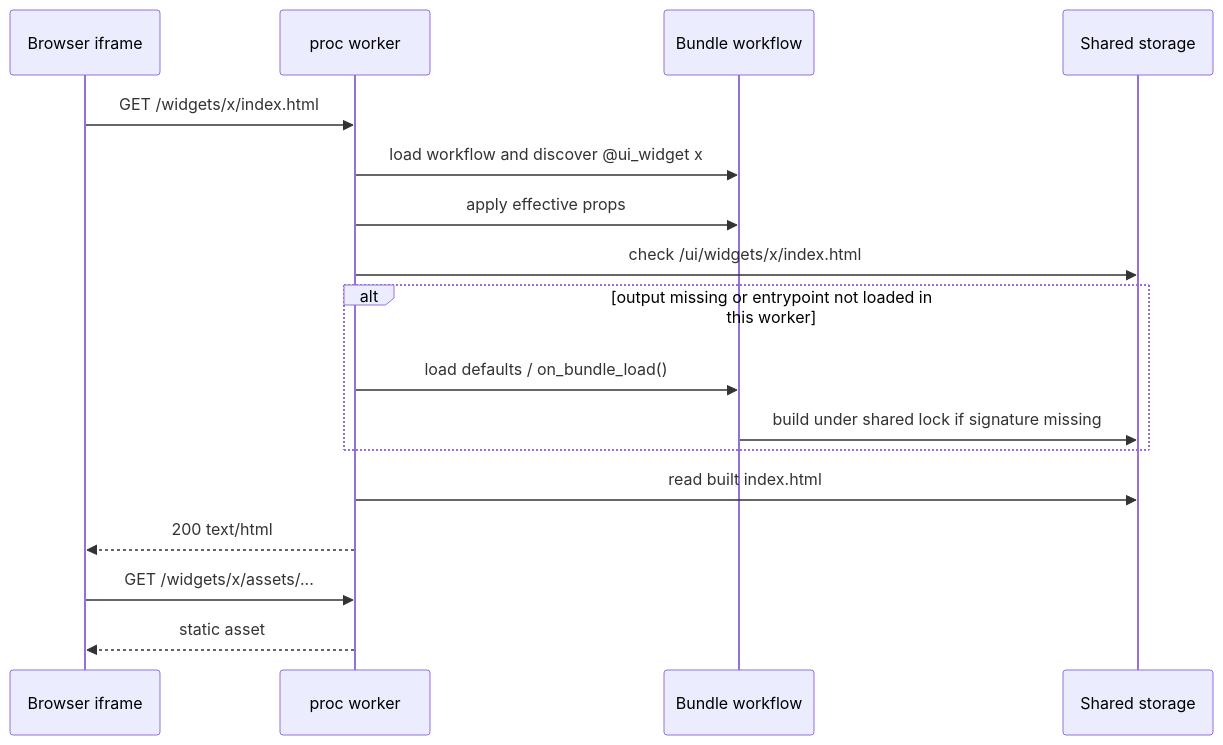
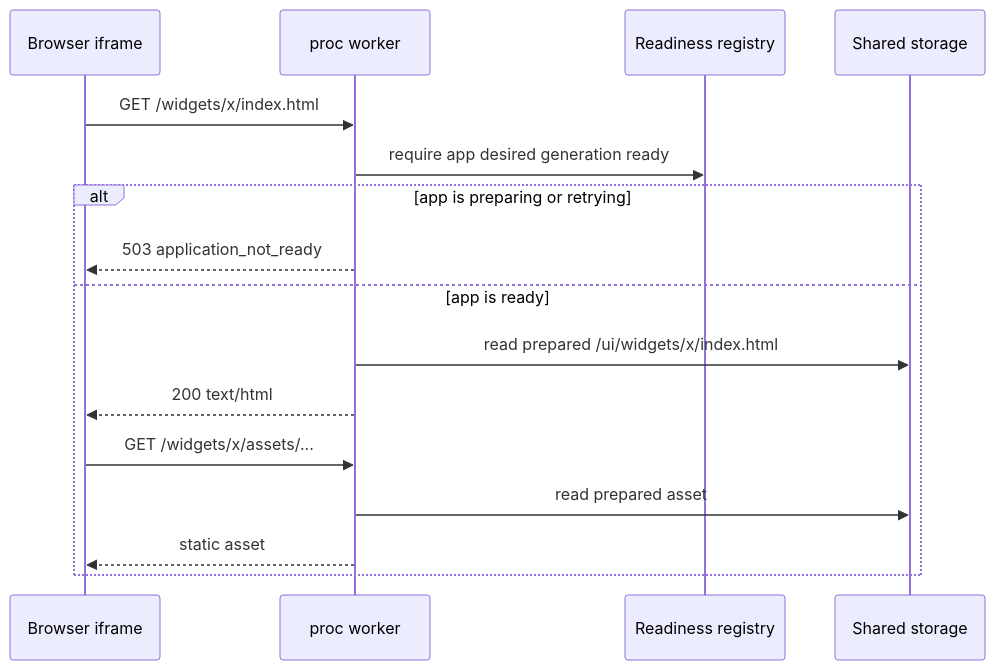
One commit to elenaviter/kdcube-ai-app changed the fourth of 7 diagrams in app/ai-app/docs/sdk/bundle/ui-components-lifecycle-README.md. Above: the diagram before and after it, drawn with Mermaid. The commit also changed other lines of this file and 51 other files, not shown here.

Commit message:
feat: supervise application preparation and readiness

````diff
--- a/app/ai-app/docs/sdk/bundle/ui-components-lifecycle-README.md
+++ b/app/ai-app/docs/sdk/bundle/ui-components-lifecycle-README.md
@@ -462,20 +410,19 @@
 ```mermaid
 sequenceDiagram
   participant B as Browser iframe
   participant W as proc worker
-  participant P as Bundle workflow
+  participant R as Readiness registry
   participant S as Shared storage
 
   B->>W: GET /widgets/x/index.html
-  W->>P: load workflow and discover @ui_widget x
-  W->>P: apply effective props
-  W->>S: check /ui/widgets/x/index.html
-  alt output missing or entrypoint not loaded in this worker
-    W->>P: load defaults / on_bundle_load()
-    P->>S: build under shared lock if signature missing
+  W->>R: require app desired generation ready
+  alt app is preparing or retrying
+    W-->>B: 503 application_not_ready
+  else app is ready
+    W->>S: read prepared /ui/widgets/x/index.html
+    W-->>B: 200 text/html
+    B->>W: GET /widgets/x/assets/...
+    W->>S: read prepared asset
+    W-->>B: static asset
   end
-  W->>S: read built index.html
-  W-->>B: 200 text/html
-  B->>W: GET /widgets/x/assets/...
-  W-->>B: static asset
 ```
````
